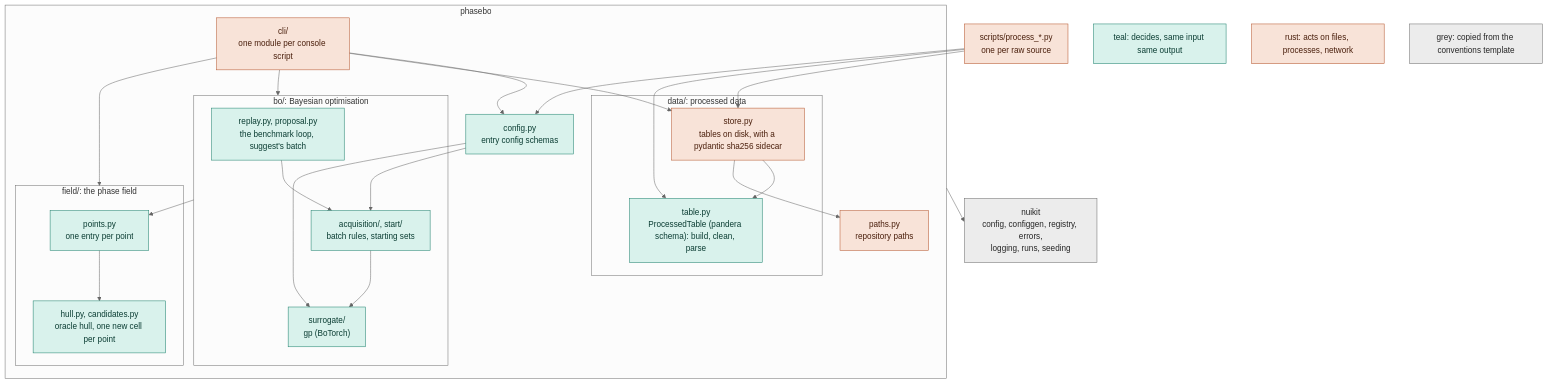
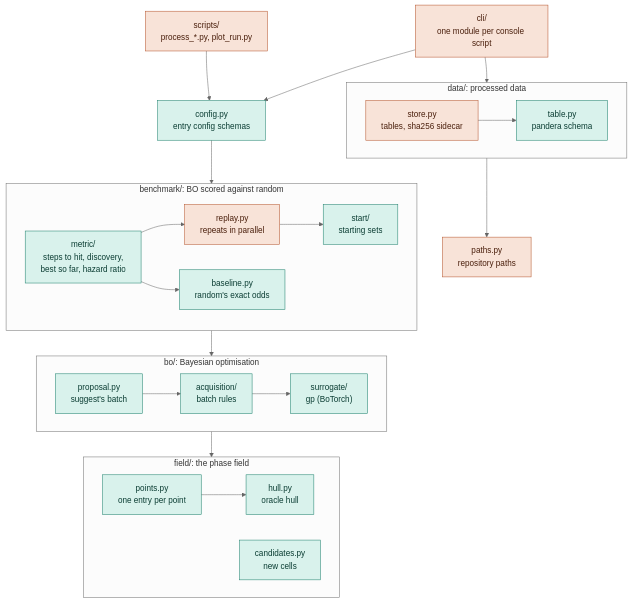
Before and after one commit to nuinashco/PhaseBO: the first of 2 diagrams in CONTRIBUTING.md, drawn with Mermaid (neutral theme). The commit also changed other lines of this file and 55 other files, not shown here.

Commit message:
feat(benchmark): score BO replays against random picking (#4)

````diff
--- a/CONTRIBUTING.md
+++ b/CONTRIBUTING.md
@@ -9,45 +9,37 @@
 ```mermaid
 flowchart TD
-    scripts["scripts/process_*.py<br/>one per raw source"]:::side
-    subgraph project["phasebo"]
-        cli["cli/<br/>one module per console script"]:::side
-        config["config.py<br/>entry config schemas"]:::pure
-        subgraph bo["bo/: Bayesian optimisation"]
-            loops["replay.py, proposal.py<br/>the benchmark loop, suggest's batch"]:::pure
-            families["acquisition/, start/<br/>batch rules, starting sets"]:::pure
-            surrogate["surrogate/<br/>gp (BoTorch)"]:::pure
-        end
-        subgraph field["field/: the phase field"]
-            points["points.py<br/>one entry per point"]:::pure
-            hull["hull.py, candidates.py<br/>oracle hull, one new cell per point"]:::pure
-        end
-        subgraph data["data/: processed data"]
-            store["store.py<br/>tables on disk, with a pydantic sha256 sidecar"]:::side
-            table["table.py<br/>ProcessedTable (pandera schema): build, clean, parse"]:::pure
-        end
-        paths["paths.py<br/>repository paths"]:::side
-        cli --> config
-        cli --> bo
-        cli --> field
-        cli --> store
-        config --> families
-        config --> surrogate
-        loops --> families
-        families --> surrogate
-        bo --> points
+    scripts["scripts/<br/>process_*.py, plot_run.py"]:::side
+    cli["cli/<br/>one module per console script"]:::side
+    config["config.py<br/>entry config schemas"]:::pure
+    subgraph benchmark["benchmark/: BO scored against random"]
+        metric["metric/<br/>steps to hit, discovery,<br/>best so far, hazard ratio"]:::pure
+        replay["replay.py<br/>repeats in parallel"]:::side
+        start["start/<br/>starting sets"]:::pure
+        baseline["baseline.py<br/>random's exact odds"]:::pure
+        metric --> replay --> start
+        metric --> baseline
+    end
+    subgraph bo["bo/: Bayesian optimisation"]
+        proposal["proposal.py<br/>suggest's batch"]:::pure
+        acquisition["acquisition/<br/>batch rules"]:::pure
+        surrogate["surrogate/<br/>gp (BoTorch)"]:::pure
+        proposal --> acquisition --> surrogate
+    end
+    subgraph field["field/: the phase field"]
+        points["points.py<br/>one entry per point"]:::pure
+        hull["hull.py<br/>oracle hull"]:::pure
+        candidates["candidates.py<br/>new cells"]:::pure
         points --> hull
+    end
+    subgraph data["data/: processed data"]
+        store["store.py<br/>tables, sha256 sidecar"]:::side
+        table["table.py<br/>pandera schema"]:::pure
         store --> table
-        store --> paths
     end
-    scripts --> store
-    scripts --> table
+    paths["paths.py<br/>repository paths"]:::side
     scripts --> config
-    nuikit["nuikit<br/>config, configgen, registry, errors,<br/>logging, runs, seeding"]:::kit
-    project --> nuikit
-    pure["teal: decides, same input same output"]:::pure
-    side["rust: acts on files, processes, network"]:::side
-    kit["grey: copied from the conventions template"]:::kit
+    cli --> config --> benchmark --> bo --> field
+    cli --> data --> paths
     classDef pure fill:#d9f2ec,stroke:#1b7f6b,color:#0b3d33
     classDef side fill:#f8e3d8,stroke:#b4532a,color:#4a1f0c
-    classDef kit fill:#ececec,stroke:#6b6b6b,color:#262626
 ```
````
